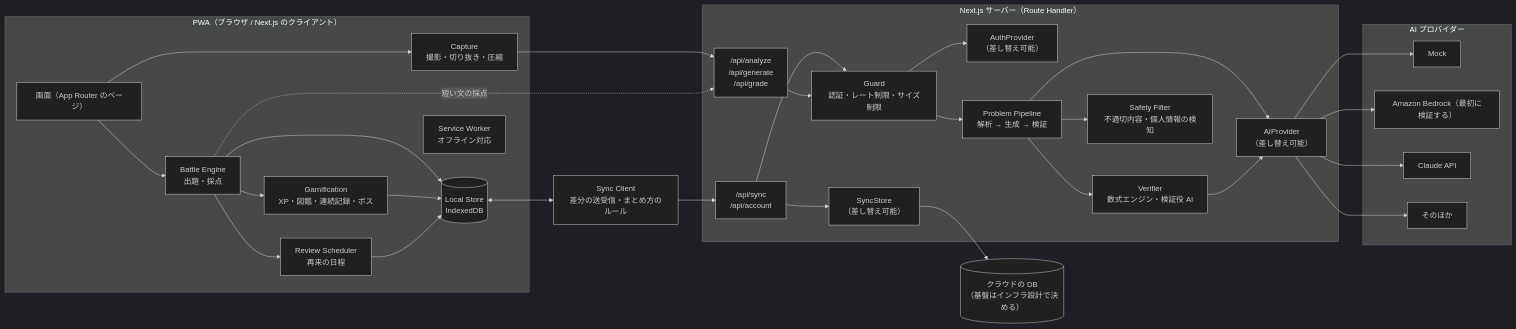
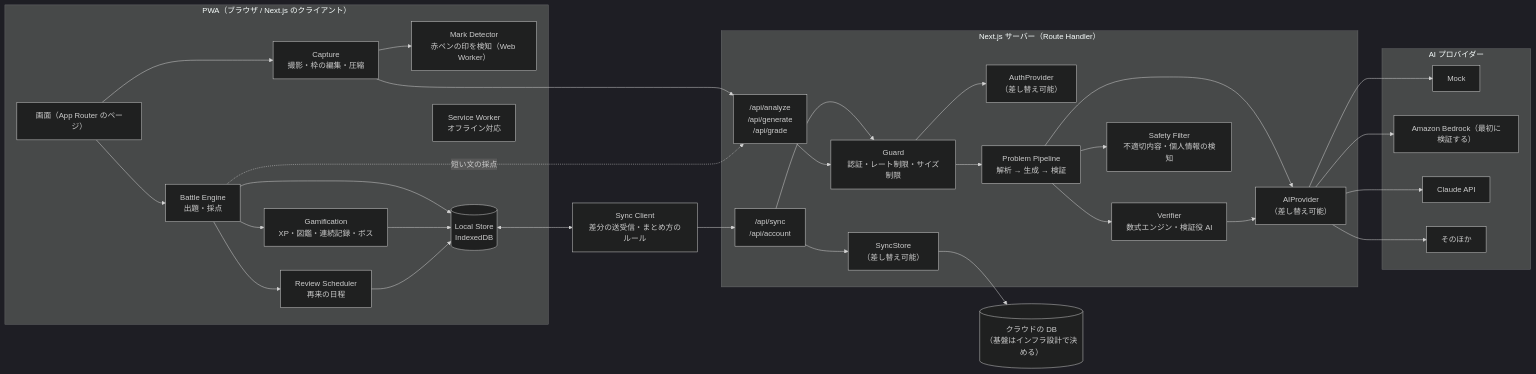
The first of 2 diagrams in aidlc-docs/inception/application-design/components.md (norihiko-takahashi/kaeriuchi), drawn with Mermaid (dark theme) before and after one commit. The commit also changed other lines of this file and 7 other files, not shown here.

````diff
--- a/aidlc-docs/inception/application-design/components.md
+++ b/aidlc-docs/inception/application-design/components.md
@@ -5,52 +5,54 @@
 ```mermaid
 flowchart LR
   subgraph Client["PWA（ブラウザ / Next.js のクライアント）"]
     UI["画面（App Router のページ）"]
-    Capture["Capture<br/>撮影・切り抜き・圧縮"]
+    Capture["Capture<br/>撮影・枠の編集・圧縮"]
+  Mark["Mark Detector<br/>赤ペンの印を検知（Web Worker）"]
+  Capture --> Mark
     Battle["Battle Engine<br/>出題・採点"]
     Game["Gamification<br/>XP・図鑑・連続記録・ボス"]
     Sched["Review Scheduler<br/>再来の日程"]
     Store[("Local Store<br/>IndexedDB")]
     SW["Service Worker<br/>オフライン対応"]
   end
 
   subgraph Server["Next.js サーバー（Route Handler）"]
     API["/api/analyze<br/>/api/generate<br/>/api/grade"]
     SyncAPI["/api/sync<br/>/api/account"]
     Guard["Guard<br/>認証・レート制限・サイズ制限"]
     Auth["AuthProvider<br/>（差し替え可能）"]
     SyncStore["SyncStore<br/>（差し替え可能）"]
     Orchestrator["Problem Pipeline<br/>解析 → 生成 → 検証"]
     Verifier["Verifier<br/>数式エンジン・検証役 AI"]
     Safety["Safety Filter<br/>不適切内容・個人情報の検知"]
     Provider["AIProvider<br/>（差し替え可能）"]
   end
 
   subgraph AI["AI プロバイダー"]
     Mock["Mock"]
     Bedrock["Amazon Bedrock（最初に検証する）"]
     Claude["Claude API"]
     Other["そのほか"]
   end
 
   DB[("クラウドの DB<br/>（基盤はインフラ設計で決める）")]
   Sync["Sync Client<br/>差分の送受信・まとめ方のルール"]
   Store <--> Sync
   Sync --> SyncAPI --> Guard
   Guard --> Auth
   SyncAPI --> SyncStore --> DB
 
   UI --> Capture --> API
   UI --> Battle --> Game
   Battle --> Sched
   Battle -. "短い文の採点" .-> API
   Battle --> Store
   Game --> Store
   Sched --> Store
   API --> Guard --> Orchestrator
   Orchestrator --> Provider
   Orchestrator --> Verifier
   Orchestrator --> Safety
   Verifier --> Provider
   Provider --> Mock & Claude & Bedrock & Other
 ```
````
